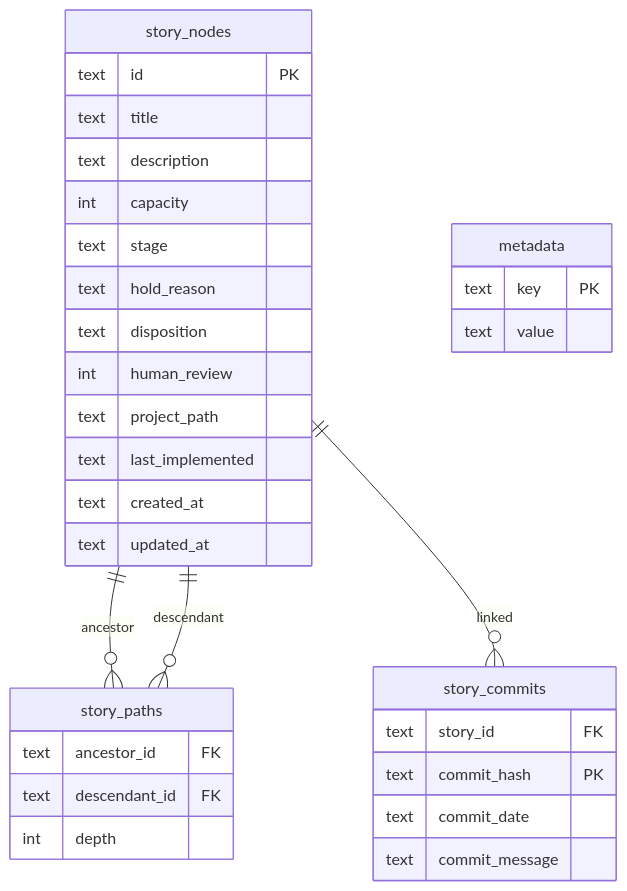
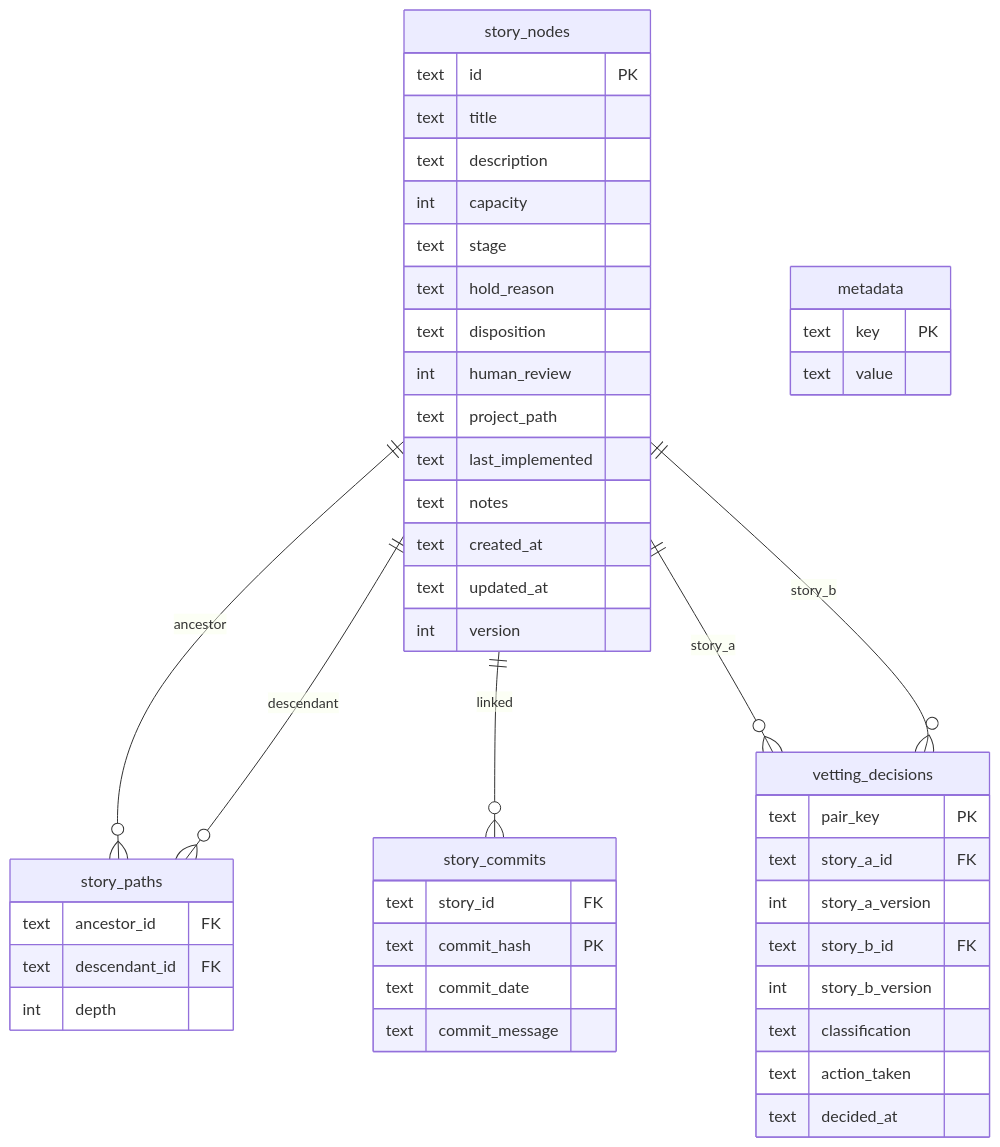
Before and after one commit to Mharbulous/StoryTree: the first of 4 diagrams in claude/skills/story-tree/references/workflow-database-architecture.md, drawn with Mermaid. The commit also changed other lines of this file, not shown here.

First line of the commit message:
docs: reconcile workflow-database-architecture.md with actual schema

````diff
--- a/claude/skills/story-tree/references/workflow-database-architecture.md
+++ b/claude/skills/story-tree/references/workflow-database-architecture.md
@@ -22,39 +24,54 @@
 ```mermaid
 erDiagram
     story_nodes {
         text id PK
         text title
         text description
         int capacity
         text stage
         text hold_reason
         text disposition
         int human_review
         text project_path
         text last_implemented
+        text notes
         text created_at
         text updated_at
+        int version
     }
 
     story_paths {
         text ancestor_id FK
         text descendant_id FK
         int depth
     }
 
     story_commits {
         text story_id FK
         text commit_hash PK
         text commit_date
         text commit_message
     }
 
+    vetting_decisions {
+        text pair_key PK
+        text story_a_id FK
+        int story_a_version
+        text story_b_id FK
+        int story_b_version
+        text classification
+        text action_taken
+        text decided_at
+    }
+
     metadata {
         text key PK
         text value
     }
 
     story_nodes ||--o{ story_paths : "ancestor"
     story_nodes ||--o{ story_paths : "descendant"
     story_nodes ||--o{ story_commits : "linked"
+    story_nodes ||--o{ vetting_decisions : "story_a"
+    story_nodes ||--o{ vetting_decisions : "story_b"
 ```
````
